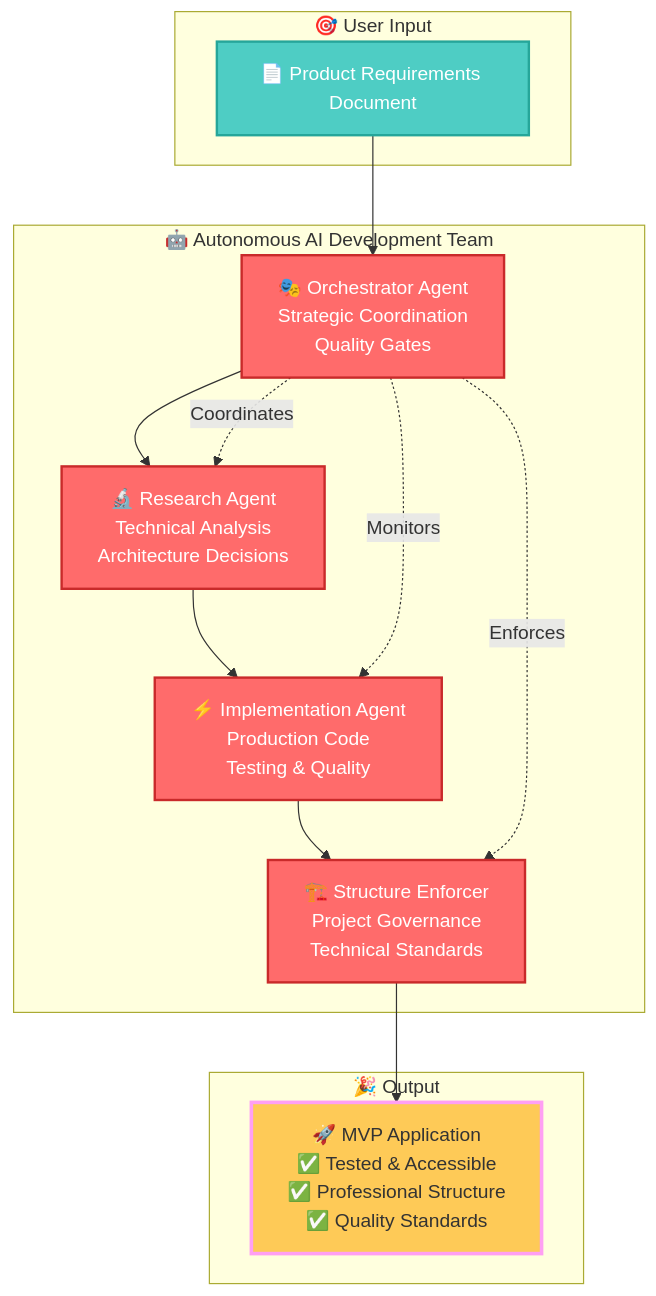
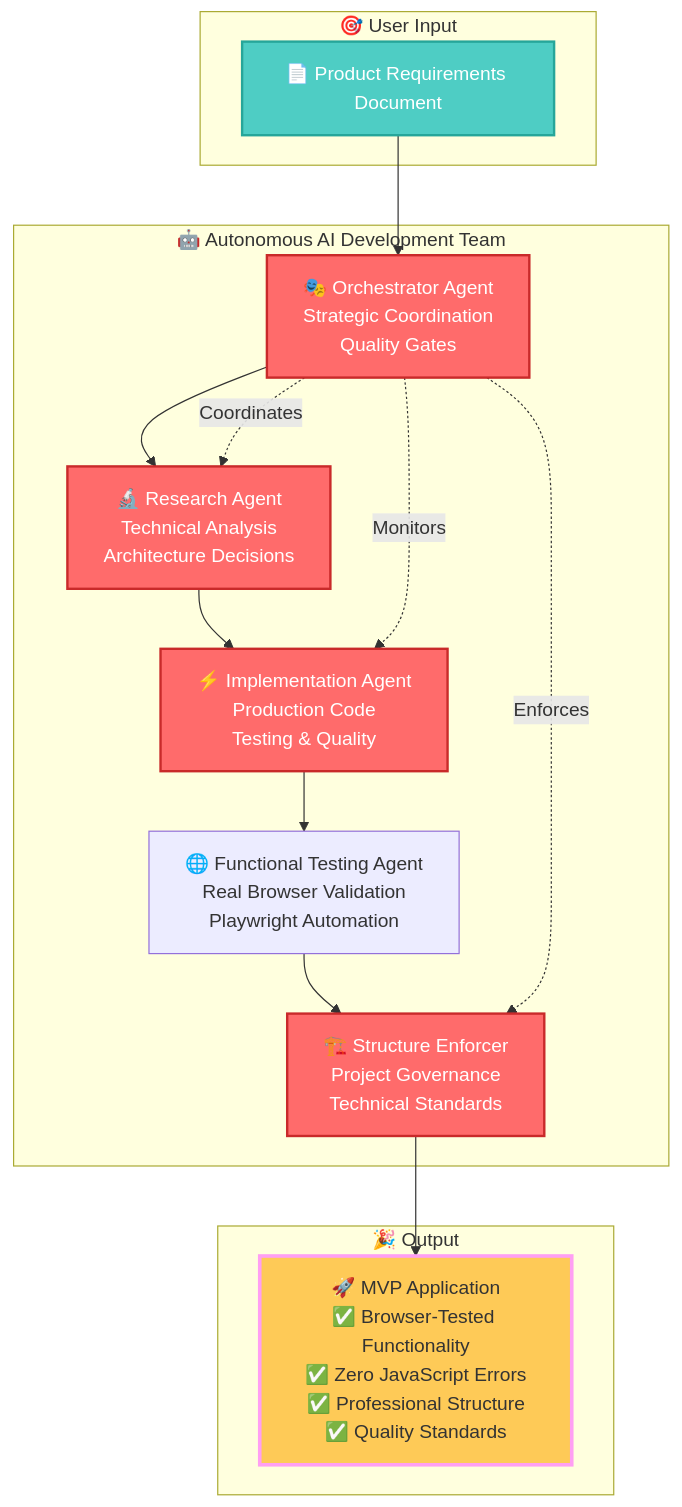
The first of 2 diagrams in README.md (vanzan01/claude-code-sub-agent-collective), drawn with Mermaid before and after one commit. The commit also changed other lines of this file, not shown here.

First line of the commit message:
feat: Update README with functional browser testing validation process

````diff
--- a/README.md
+++ b/README.md
@@ -29,35 +30,37 @@
 ```mermaid
 graph TB
     subgraph "🎯 User Input"
         PRD[📄 Product Requirements Document]
     end
     
     subgraph "🤖 Autonomous AI Development Team"
         Orchestrator[🎭 Orchestrator Agent<br/>Strategic Coordination<br/>Quality Gates]
         Research[🔬 Research Agent<br/>Technical Analysis<br/>Architecture Decisions]
         Implementation[⚡ Implementation Agent<br/>Production Code<br/>Testing & Quality]
+        FuncTest[🌐 Functional Testing Agent<br/>Real Browser Validation<br/>Playwright Automation]
         Structure[🏗️ Structure Enforcer<br/>Project Governance<br/>Technical Standards]
     end
     
     subgraph "🎉 Output"
-        App[🚀 MVP Application<br/>✅ Tested & Accessible<br/>✅ Professional Structure<br/>✅ Quality Standards]
+        App[🚀 MVP Application<br/>✅ Browser-Tested Functionality<br/>✅ Zero JavaScript Errors<br/>✅ Professional Structure<br/>✅ Quality Standards]
     end
     
     PRD --> Orchestrator
     Orchestrator --> Research
     Research --> Implementation
-    Implementation --> Structure
+    Implementation --> FuncTest
+    FuncTest --> Structure
     Structure --> App
     
     Orchestrator -.->|Coordinates| Research
     Orchestrator -.->|Monitors| Implementation
     Orchestrator -.->|Enforces| Structure
     
     classDef agent fill:#ff6b6b,stroke:#c92a2a,stroke-width:2px,color:#fff
     classDef input fill:#4ecdc4,stroke:#26a69a,stroke-width:2px,color:#fff
     classDef output fill:#feca57,stroke:#ff9ff3,stroke-width:3px,color:#333
     
     class Orchestrator,Research,Implementation,Structure agent
     class PRD input
     class App output
 ```
````
